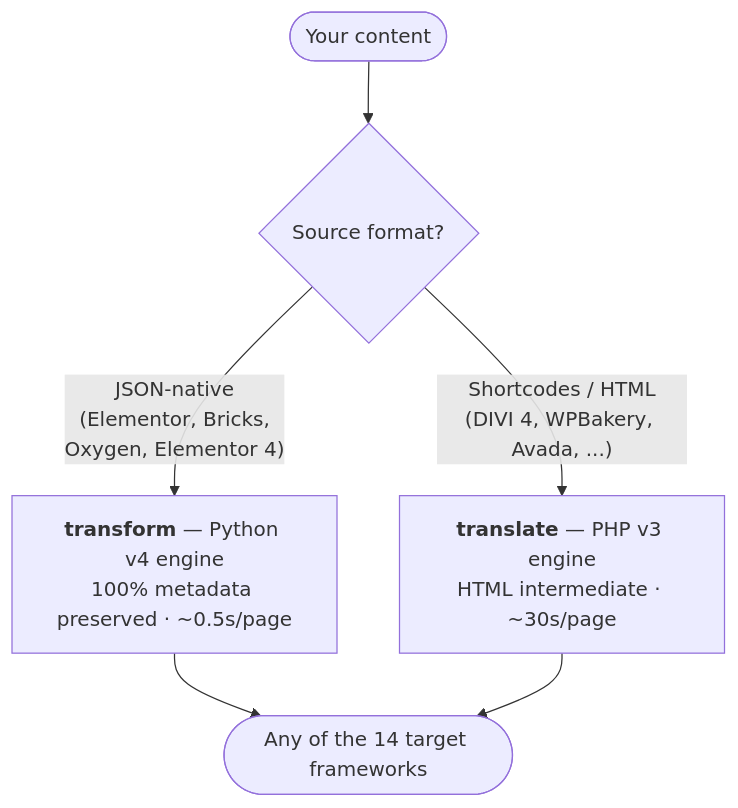
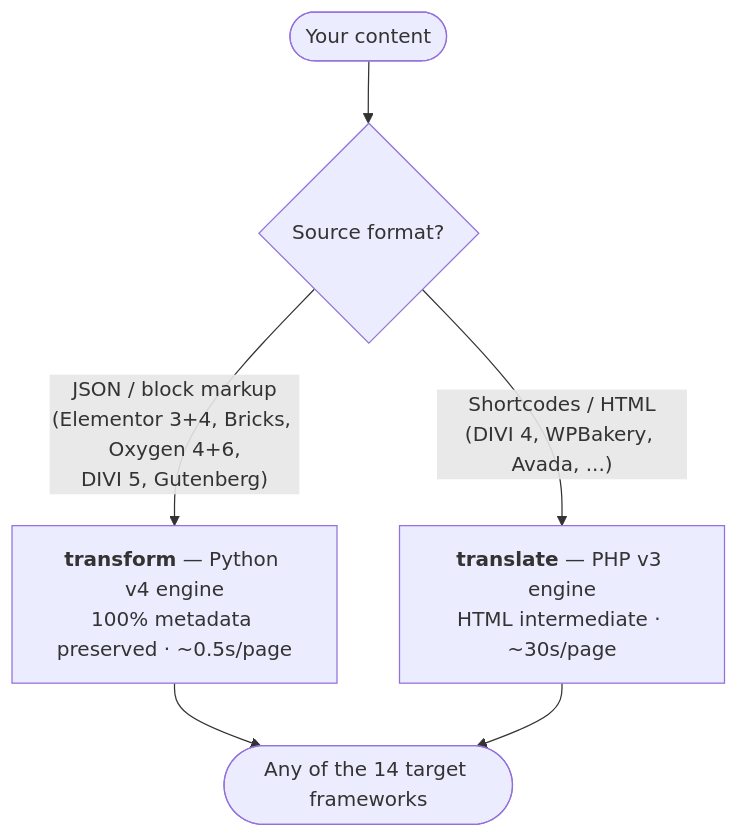
The first of 2 diagrams in README.md (coryhubbell/Development-Translation-Bridge), drawn with Mermaid before and after one commit. The commit also changed other lines of this file and 10 other files, not shown here.

First line of the commit message:
feat: Python source parsers tranche 2 — oxygen6, divi5, gutenberg

````diff
--- a/README.md
+++ b/README.md
@@ -52,8 +52,8 @@
 ```mermaid
 flowchart TD
     IN(["Your content"]) --> Q{"Source format?"}
-    Q -->|"JSON-native<br/>(Elementor, Bricks,<br/>Oxygen, Elementor 4)"| T["<b>transform</b> — Python v4 engine<br/>100% metadata preserved · ~0.5s/page"]
+    Q -->|"JSON / block markup<br/>(Elementor 3+4, Bricks, Oxygen 4+6,<br/>DIVI 5, Gutenberg)"| T["<b>transform</b> — Python v4 engine<br/>100% metadata preserved · ~0.5s/page"]
     Q -->|"Shortcodes / HTML<br/>(DIVI 4, WPBakery, Avada, ...)"| L["<b>translate</b> — PHP v3 engine<br/>HTML intermediate · ~30s/page"]
     T --> OUT(["Any of the 14 target frameworks"])
     L --> OUT
 ```
````
